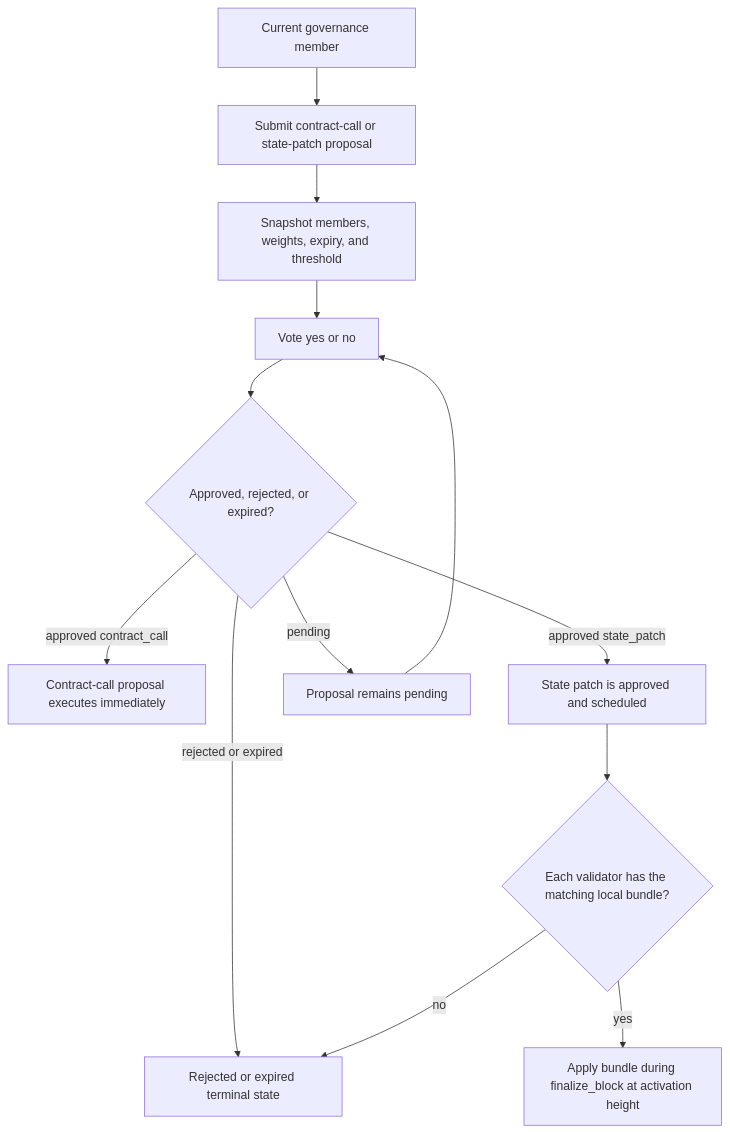
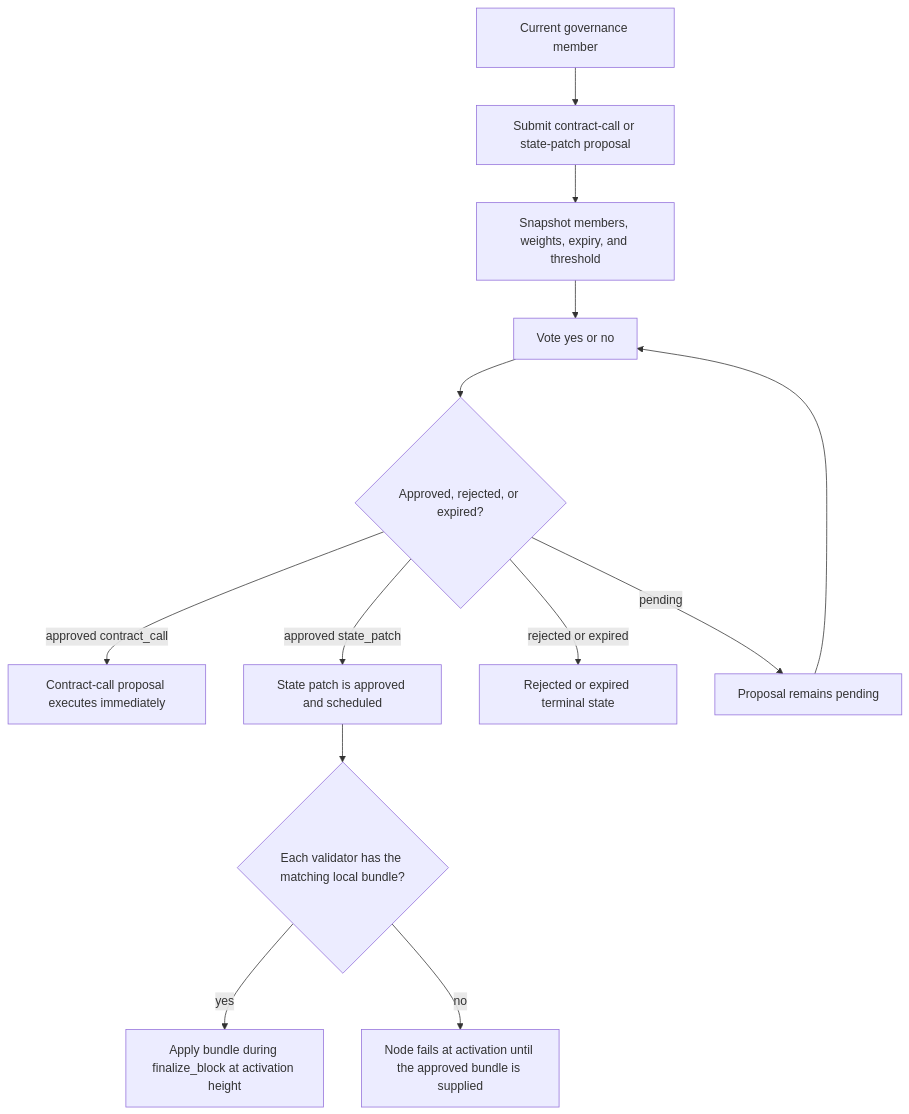
One commit to xian-technology/xian-docs-web changed the diagram in node/protocol-governance.md. Above: the diagram before and after it, drawn with Mermaid. The commit also changed other lines of this file and 24 other files, not shown here.

First line of the commit message:
Docs audit: expand products section, fix drifted content, add diagrams

````diff
--- a/node/protocol-governance.md
+++ b/node/protocol-governance.md
@@ -75,27 +75,28 @@
 ```mermaid
 flowchart TD
   Member["Current governance member"]
   Propose["Submit contract-call or state-patch proposal"]
   Snapshot["Snapshot members, weights, expiry, and threshold"]
   Vote["Vote yes or no"]
   Decision{"Approved, rejected, or expired?"}
   Call["Contract-call proposal executes immediately"]
   Schedule["State patch is approved and scheduled"]
   Bundle{"Each validator has the matching local bundle?"}
   Apply["Apply bundle during finalize_block at activation height"]
+  Halt["Node fails at activation until the approved bundle is supplied"]
   Terminal["Rejected or expired terminal state"]
   Waiting["Proposal remains pending"]
 
   Member --> Propose
   Propose --> Snapshot
   Snapshot --> Vote
   Vote --> Decision
   Decision -->|pending| Waiting
   Waiting --> Vote
   Decision -->|rejected or expired| Terminal
   Decision -->|approved contract_call| Call
   Decision -->|approved state_patch| Schedule
   Schedule --> Bundle
   Bundle -->|yes| Apply
-  Bundle -->|no| Terminal
+  Bundle -->|no| Halt
 ```
````
